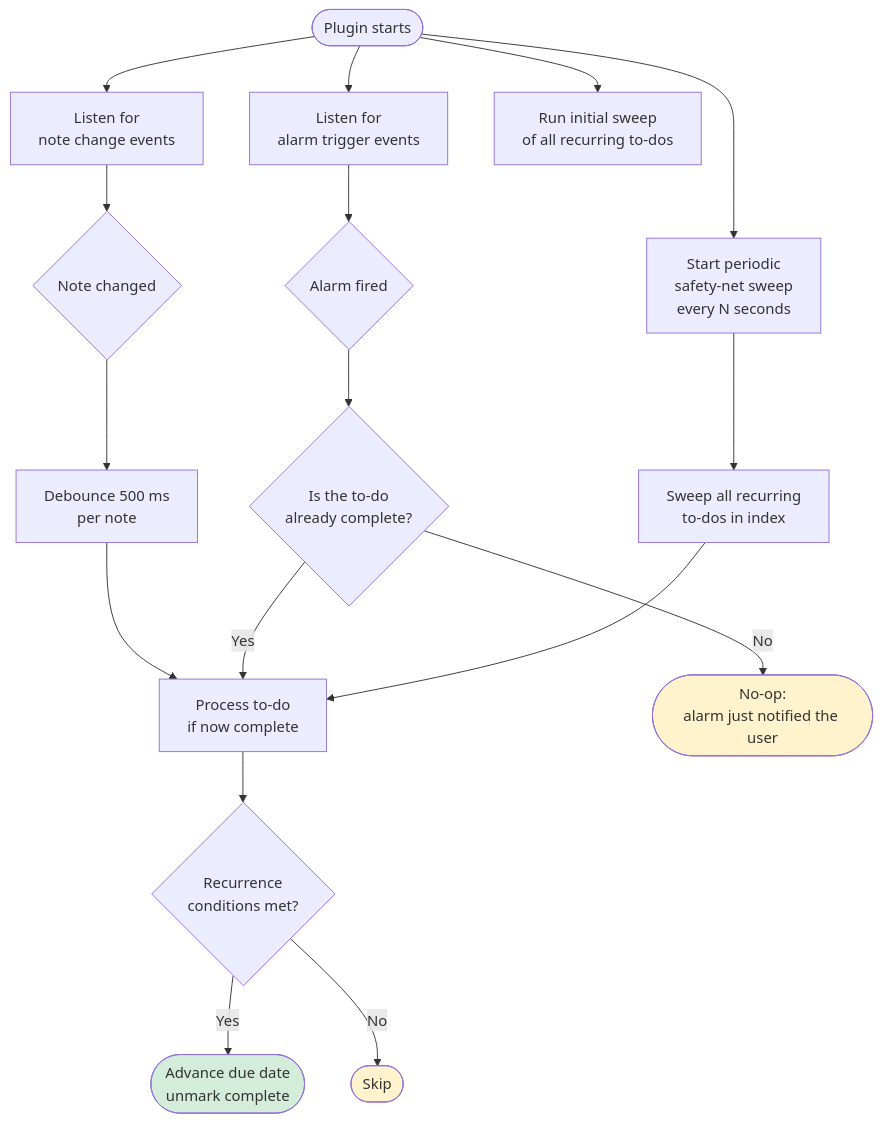
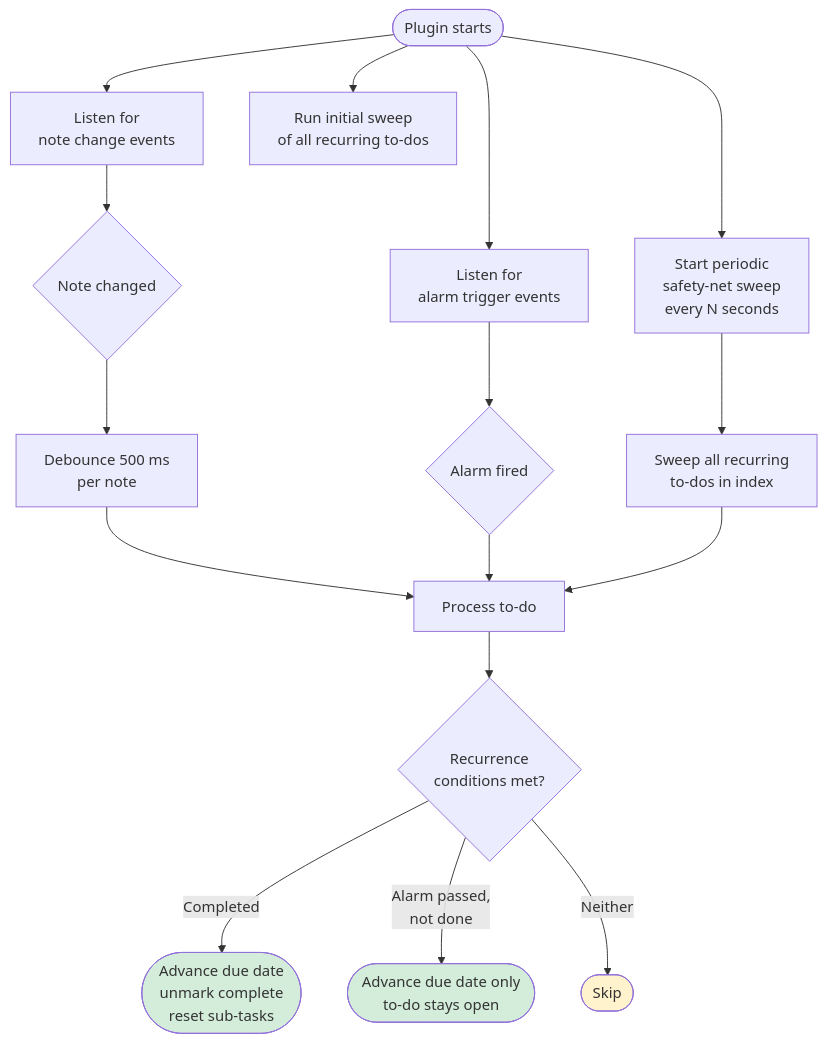
One commit to TheScriptingGuy/Joplin-Repeating-Todos-Plugin changed the fourth of 4 diagrams in README.md. Above: the diagram before and after it, drawn with Mermaid. The commit also changed other lines of this file and 5 other files, not shown here.

First line of the commit message:
feat: reset the alarm of a repeating to-do that was never marked done

````diff
--- a/README.md
+++ b/README.md
@@ -226,27 +268,26 @@
 ```mermaid
 flowchart TD
     A([Plugin starts]) --> B[Listen for\nnote change events]
     A --> C[Listen for\nalarm trigger events]
     A --> D[Run initial sweep\nof all recurring to-dos]
     A --> E[Start periodic\nsafety-net sweep\nevery N seconds]
 
     B --> F{Note changed}
     F --> G[Debounce 500 ms\nper note]
-    G --> H[Process to-do\nif now complete]
+    G --> H[Process to-do]
 
     C --> I{Alarm fired}
-    I --> J{Is the to-do\nalready complete?}
-    J -- Yes --> H
-    J -- No --> K([No-op:\nalarm just notified the user])
+    I --> H
 
     E --> L[Sweep all recurring\nto-dos in index]
     L --> H
 
     H --> M{Recurrence\nconditions met?}
-    M -- Yes --> N([Advance due date\nunmark complete])
-    M -- No --> O([Skip])
+    M -- Completed --> N([Advance due date\nunmark complete\nreset sub-tasks])
+    M -- Alarm passed,\nnot done --> P([Advance due date only\nto-do stays open])
+    M -- Neither --> O([Skip])
 
     style N fill:#d4edda
-    style K fill:#fff3cd
+    style P fill:#d4edda
     style O fill:#fff3cd
 ```
````
